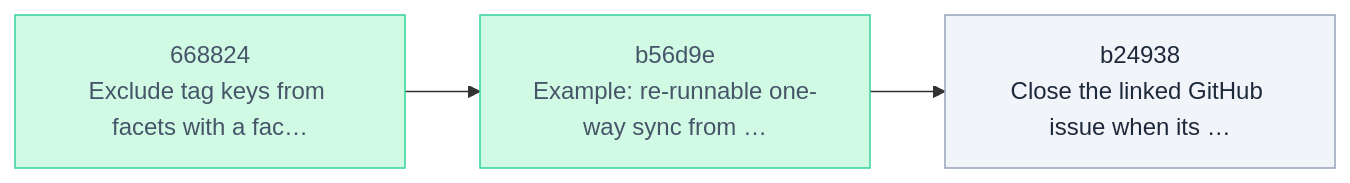
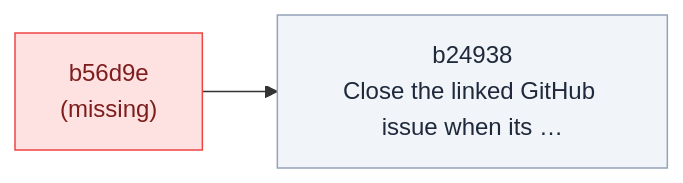
One commit to Vitund-AI/skald changed the diagram in .skald/README.md. Above: the diagram before and after it, drawn with Mermaid. The commit also changed other lines of this file and 9 other files, not shown here.

````diff
--- a/.skald/README.md
+++ b/.skald/README.md
@@ -16,12 +16,10 @@
 ```mermaid
 flowchart LR
-    n_668824["668824<br/>Exclude tag keys from facets with a fac…"]
     n_b24938["b24938<br/>Close the linked GitHub issue when its …"]
-    n_b56d9e["b56d9e<br/>Example: re-runnable one-way sync from …"]
+    n_b56d9e["b56d9e<br/>(missing)"]
     n_b56d9e --> n_b24938
-    n_668824 --> n_b56d9e
     classDef backlog fill:#f1f5f9,stroke:#94a3b8,color:#1e293b
-    classDef done fill:#d1fae5,stroke:#34d399,color:#475569
+    classDef unknown fill:#fee2e2,stroke:#ef4444,color:#7f1d1d
     class n_b24938 backlog
-    class n_668824,n_b56d9e done
+    class n_b56d9e unknown
 ```
````
